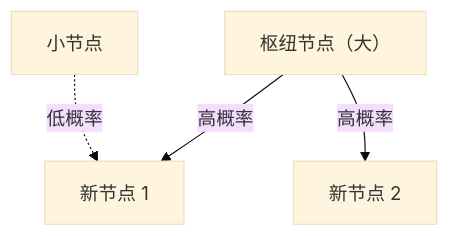
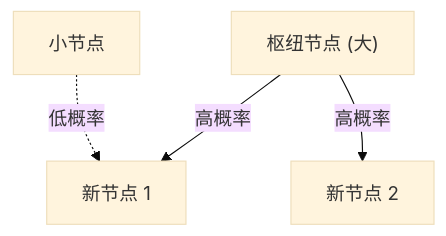
One commit to kenjinote/blog changed the diagram in content/post/zipfs-law/index.zh-cn.md. Above: the diagram before and after it, drawn with Mermaid (base theme). The commit also changed other lines of this file and 97 other files, not shown here.

````diff
--- a/content/post/zipfs-law/index.zh-cn.md
+++ b/content/post/zipfs-law/index.zh-cn.md
@@ -115,6 +115,6 @@
 ```mermaid
 graph TD
-  A["枢纽节点（大）"] -->|"高概率"| B["新节点 1"]
+  A["枢纽节点 (大)"] -->|"高概率"| B["新节点 1"]
   A -->|"高概率"| C["新节点 2"]
   D["小节点"] -.->|"低概率"| B
 ```
````
